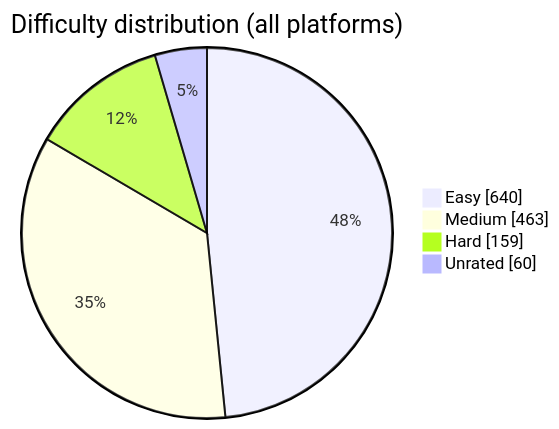
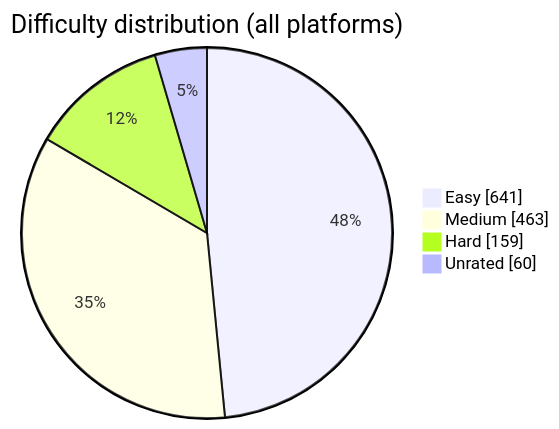
Before and after one commit to BuildbyArindam/Daily-Coding-Log: the diagram in README.md, drawn with Mermaid. The commit also changed other lines of this file, not shown here.

````diff
--- a/README.md
+++ b/README.md
@@ -93,7 +93,7 @@
 ```mermaid
 pie showData title Difficulty distribution (all platforms)
-    "Easy" : 640
+    "Easy" : 641
     "Medium" : 463
     "Hard" : 159
     "Unrated" : 60
 ```
````
